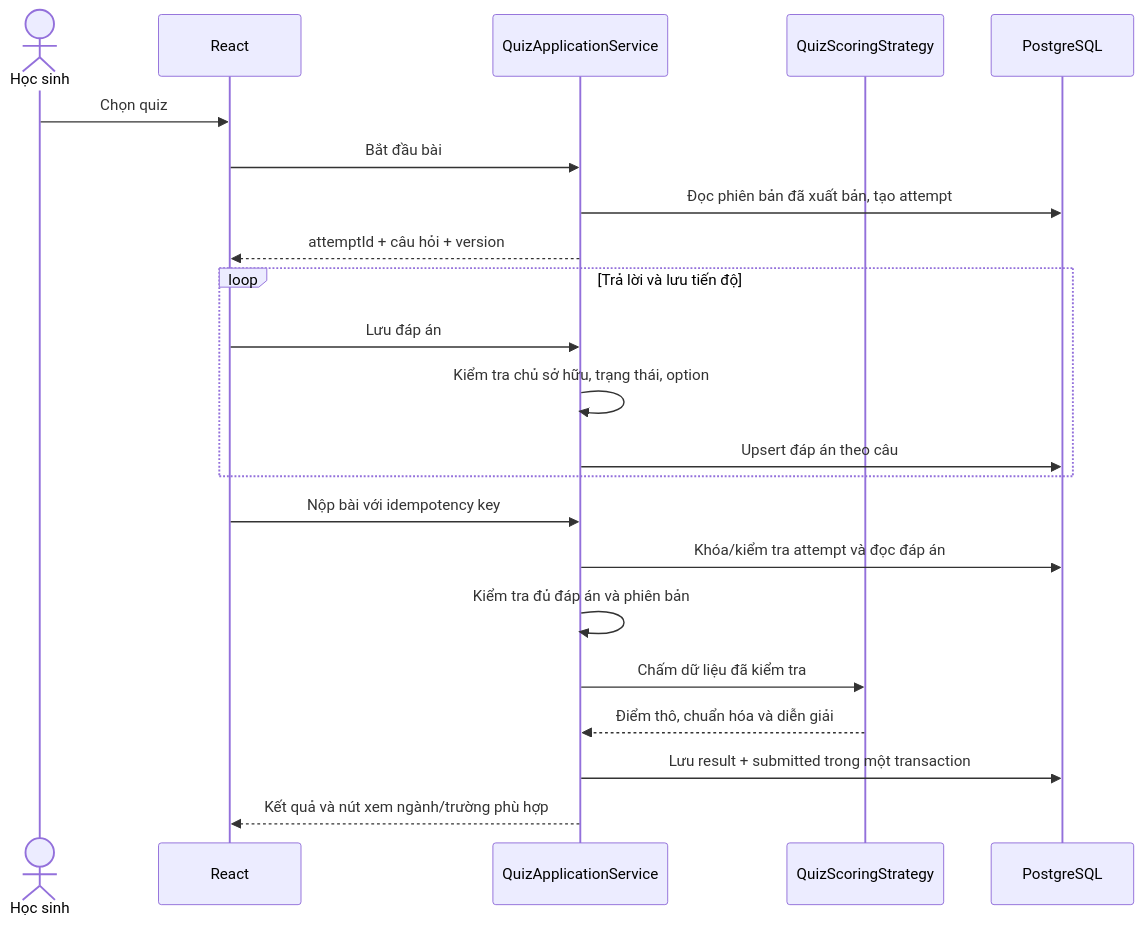
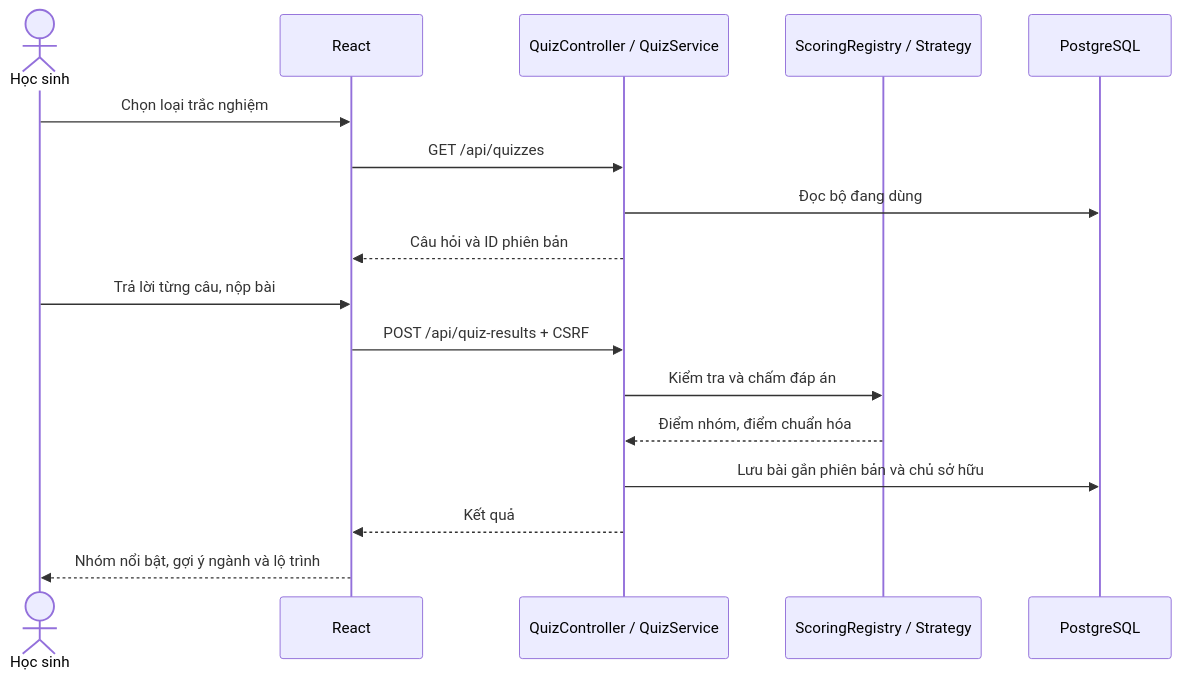
Before and after one commit to HaiDo2409/webhuongnghiep: the fifth of 7 diagrams in README.md, drawn with Mermaid. The commit also changed other lines of this file and 1 other file, not shown here.

````diff
--- a/README.md
+++ b/README.md
@@ -880,24 +453,19 @@
 ```mermaid
 sequenceDiagram
     actor Student as Học sinh
     participant UI as React
-    participant Quiz as QuizApplicationService
-    participant Scorer as QuizScoringStrategy
+    participant API as QuizController / QuizService
+    participant Scoring as ScoringRegistry / Strategy
     participant DB as PostgreSQL
-    Student->>UI: Chọn quiz
-    UI->>Quiz: Bắt đầu bài
-    Quiz->>DB: Đọc phiên bản đã xuất bản, tạo attempt
-    Quiz-->>UI: attemptId + câu hỏi + version
-    loop Trả lời và lưu tiến độ
-        UI->>Quiz: Lưu đáp án
-        Quiz->>Quiz: Kiểm tra chủ sở hữu, trạng thái, option
-        Quiz->>DB: Upsert đáp án theo câu
-    end
-    UI->>Quiz: Nộp bài với idempotency key
-    Quiz->>DB: Khóa/kiểm tra attempt và đọc đáp án
-    Quiz->>Quiz: Kiểm tra đủ đáp án và phiên bản
-    Quiz->>Scorer: Chấm dữ liệu đã kiểm tra
-    Scorer-->>Quiz: Điểm thô, chuẩn hóa và diễn giải
-    Quiz->>DB: Lưu result + submitted trong một transaction
-    Quiz-->>UI: Kết quả và nút xem ngành/trường phù hợp
+    Student->>UI: Chọn loại trắc nghiệm
+    UI->>API: GET /api/quizzes
+    API->>DB: Đọc bộ đang dùng
+    API-->>UI: Câu hỏi và ID phiên bản
+    Student->>UI: Trả lời từng câu, nộp bài
+    UI->>API: POST /api/quiz-results + CSRF
+    API->>Scoring: Kiểm tra và chấm đáp án
+    Scoring-->>API: Điểm nhóm, điểm chuẩn hóa
+    API->>DB: Lưu bài gắn phiên bản và chủ sở hữu
+    API-->>UI: Kết quả
+    UI-->>Student: Nhóm nổi bật, gợi ý ngành và lộ trình
 ```
````
